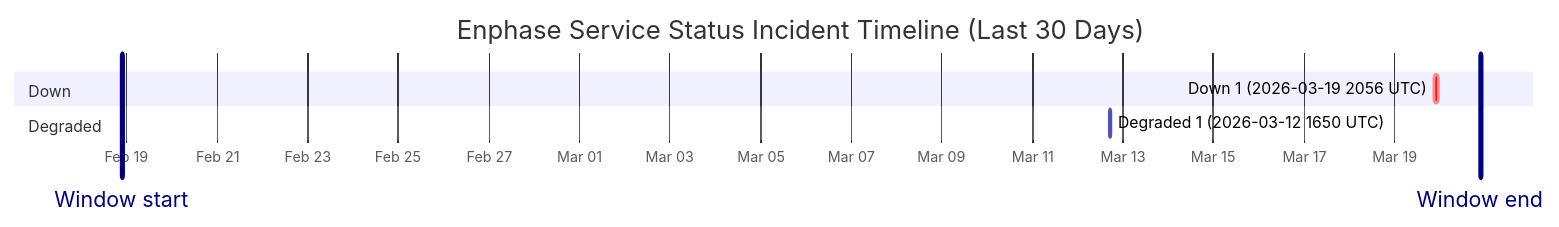
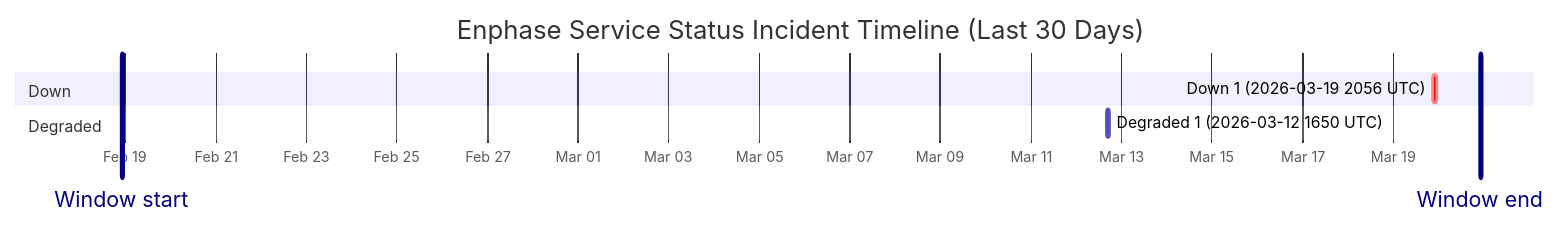
The diagram in wiki/Service-Status-History.md (barneyonline/ha-enphase-ev-charger), drawn with Mermaid before and after one commit. The commit also changed other lines of this file and 3 other files, not shown here.

````diff
--- a/wiki/Service-Status-History.md
+++ b/wiki/Service-Status-History.md
@@ -14,12 +14,12 @@
 ```mermaid
 gantt
     title Enphase Service Status Incident Timeline (Last 30 Days)
     dateFormat  YYYY-MM-DDTHH:mm:ss
     axisFormat  %b %d
-    Window start :vert, window-start, 2026-02-18T21:21:34, 0ms
-    Window end :vert, window-end, 2026-03-20T21:21:34, 0ms
+    Window start :vert, window-start, 2026-02-18T22:18:48, 0ms
+    Window end :vert, window-end, 2026-03-20T22:18:48, 0ms
     section Down
     Down 1 (2026-03-19 2056 UTC) :crit, down-1, 2026-03-19T20:56:20, 145m
     section Degraded
     Degraded 1 (2026-03-12 1650 UTC) :active, degraded-1, 2026-03-12T16:50:43, 60m
 ```
````
